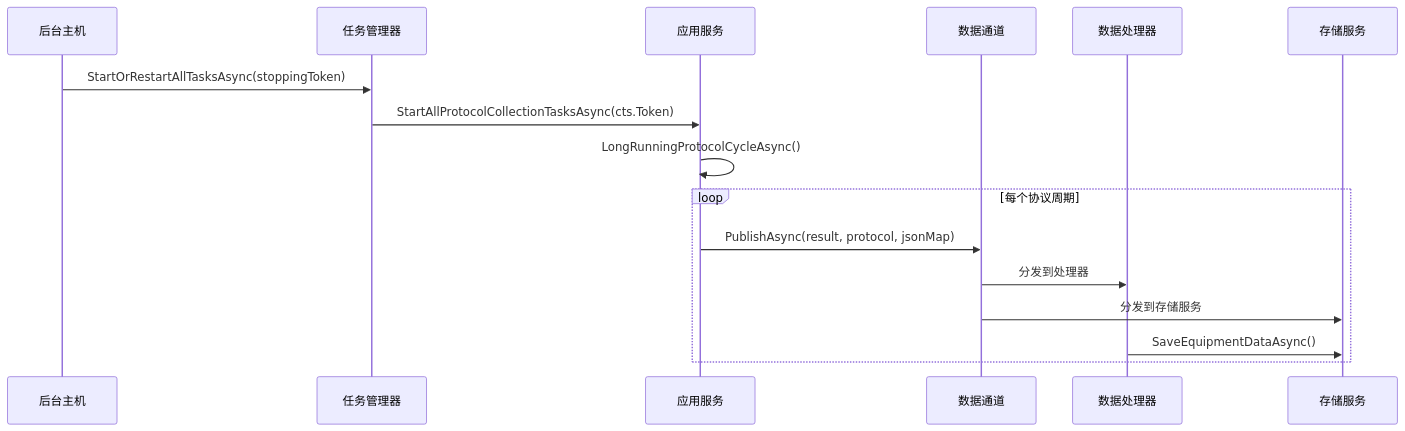
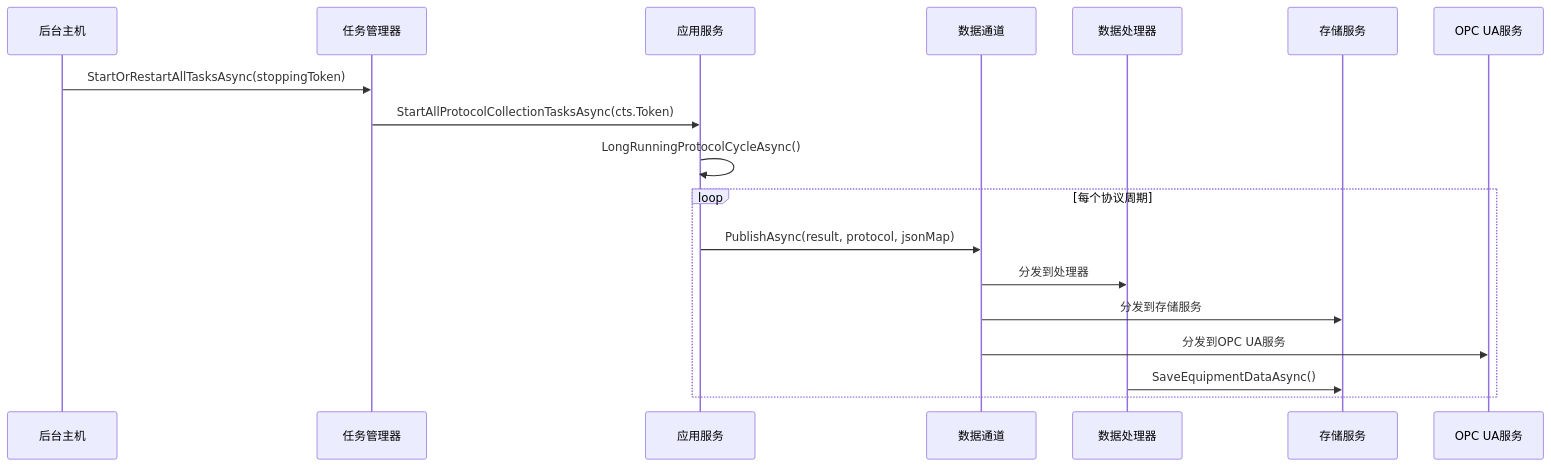
The second of 9 diagrams in .qoder/repowiki/zh/content/数据采集系统/后台服务实现.md (whitemousetl/IndustrialDataSolution), drawn with Mermaid before and after one commit. The commit also changed other lines of this file and 18 other files, not shown here.

````diff
--- a/.qoder/repowiki/zh/content/数据采集系统/后台服务实现.md
+++ b/.qoder/repowiki/zh/content/数据采集系统/后台服务实现.md
@@ -99,18 +109,20 @@
 ```mermaid
 sequenceDiagram
 participant Host as 后台主机
 participant TaskMgr as 任务管理器
 participant AppSvc as 应用服务
 participant Channel as 数据通道
 participant Proc as 数据处理器
 participant Storage as 存储服务
+participant OpcUa as OPC UA服务
 Host->>TaskMgr : StartOrRestartAllTasksAsync(stoppingToken)
 TaskMgr->>AppSvc : StartAllProtocolCollectionTasksAsync(cts.Token)
 AppSvc->>AppSvc : LongRunningProtocolCycleAsync()
 loop 每个协议周期
 AppSvc->>Channel : PublishAsync(result, protocol, jsonMap)
 Channel->>Proc : 分发到处理器
 Channel->>Storage : 分发到存储服务
+Channel->>OpcUa : 分发到OPC UA服务
 Proc->>Storage : SaveEquipmentDataAsync()
 end
 ```
````
